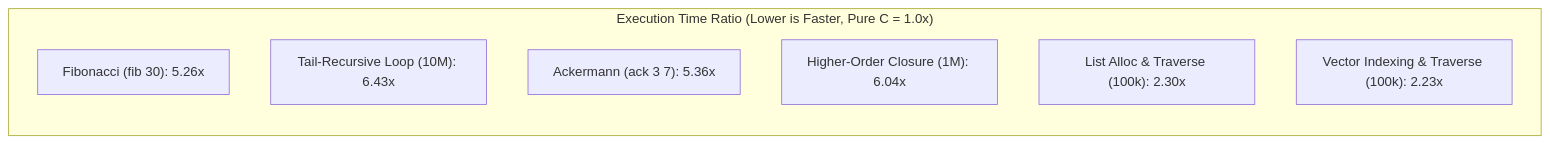
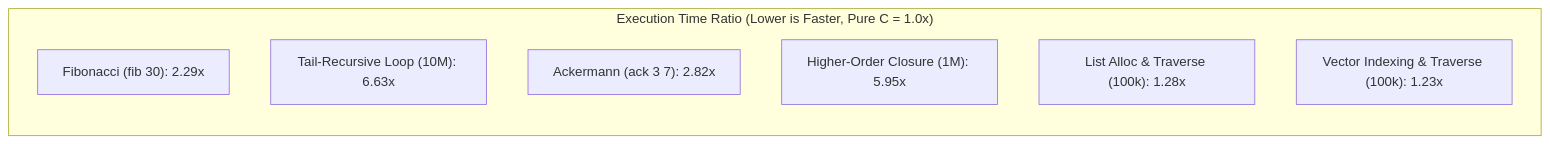
One commit to rokujyouhitoma/arxiv-security-papers changed the first of 2 diagrams in ulisp/benchmarks/BASELINE.md. Above: the diagram before and after it, drawn with Mermaid. The commit also changed other lines of this file and 19 other files, not shown here.

````diff
--- a/ulisp/benchmarks/BASELINE.md
+++ b/ulisp/benchmarks/BASELINE.md
@@ -77,11 +77,11 @@
 ```mermaid
 graph LR
     subgraph "Execution Time Ratio (Lower is Faster, Pure C = 1.0x)"
-        fib_30["Fibonacci (fib 30): 5.26x"]
-        loop_10m["Tail-Recursive Loop (10M): 6.43x"]
-        ack_3_7["Ackermann (ack 3 7): 5.36x"]
-        closure_1m["Higher-Order Closure (1M): 6.04x"]
-        list_100k["List Alloc & Traverse (100k): 2.30x"]
-        vector_100k["Vector Indexing & Traverse (100k): 2.23x"]
+        fib_30["Fibonacci (fib 30): 2.29x"]
+        loop_10m["Tail-Recursive Loop (10M): 6.63x"]
+        ack_3_7["Ackermann (ack 3 7): 2.82x"]
+        closure_1m["Higher-Order Closure (1M): 5.95x"]
+        list_100k["List Alloc & Traverse (100k): 1.28x"]
+        vector_100k["Vector Indexing & Traverse (100k): 1.23x"]
     end
 ```
````
